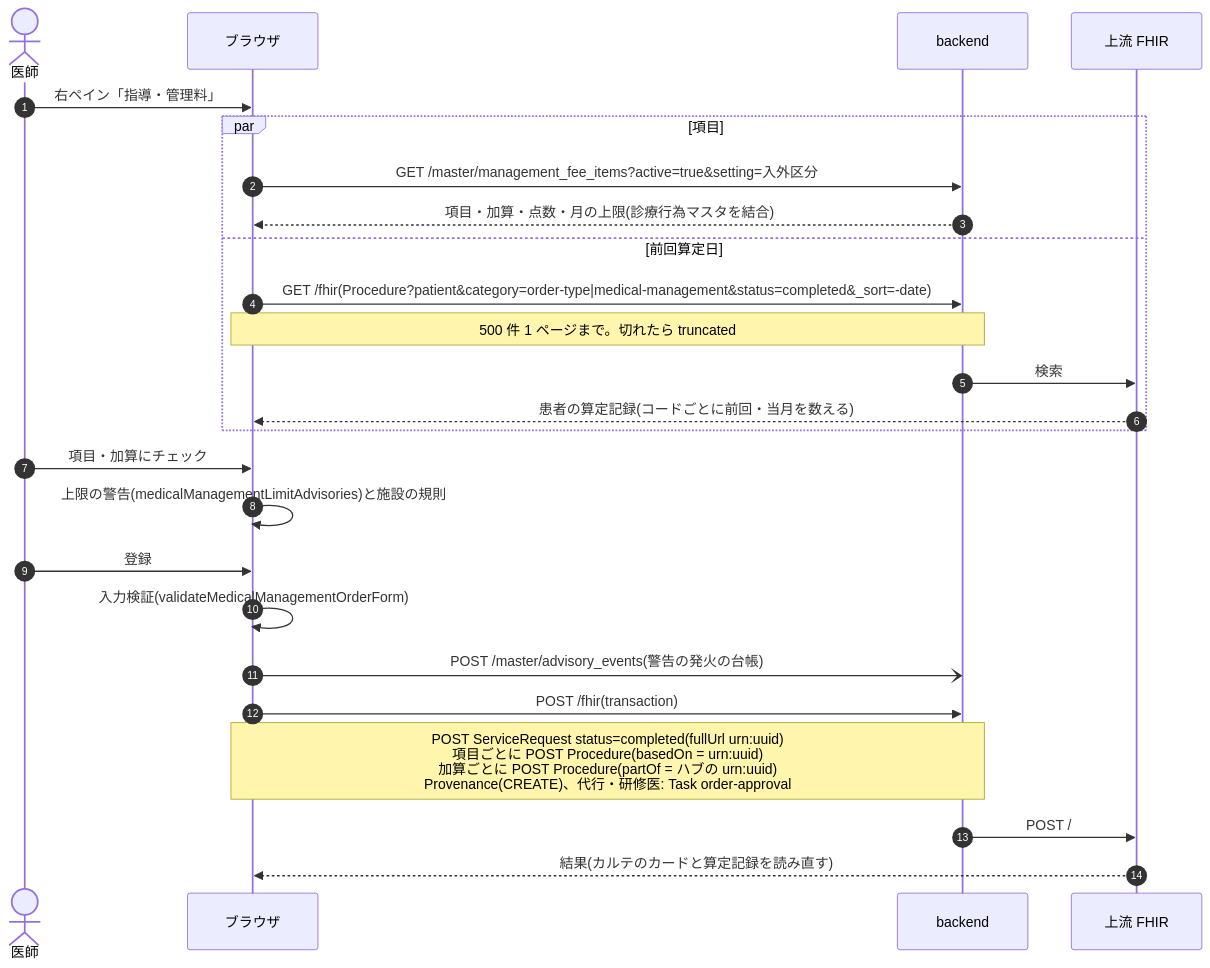
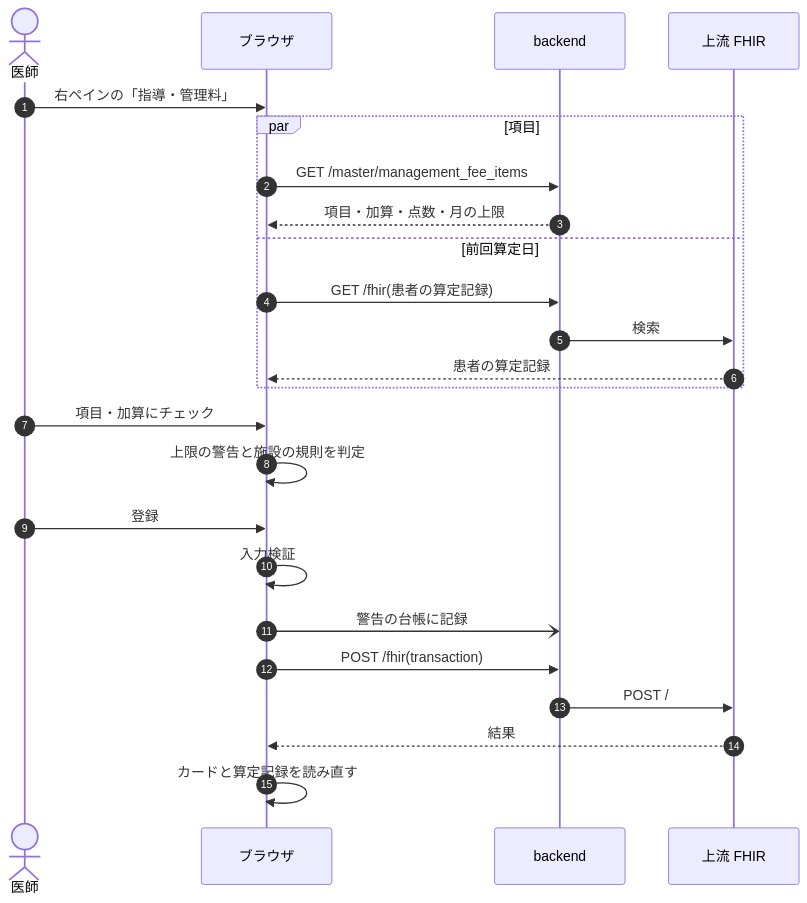
The first of 4 diagrams in docs/dev/medical-management.md (ysnr-dev/fhir-client-docs), drawn with Mermaid before and after one commit. The commit also changed other lines of this file and 43 other files, not shown here.

Commit message:
docs: 業務フローとシーケンス図を写し直し

````diff
--- a/docs/dev/medical-management.md
+++ b/docs/dev/medical-management.md
@@ -50,28 +93,27 @@
 ```mermaid
 sequenceDiagram
   autonumber
   actor Dr as 医師
   participant UI as ブラウザ
   participant BE as backend
   participant FHIR as 上流 FHIR
 
-  Dr->>UI: 右ペイン「指導・管理料」
+  Dr->>UI: 右ペインの「指導・管理料」
   par 項目
-    UI->>BE: GET /master/management_fee_items?active=true&setting=入外区分
-    BE-->>UI: 項目・加算・点数・月の上限(診療行為マスタを結合)
+    UI->>BE: GET /master/management_fee_items
+    BE-->>UI: 項目・加算・点数・月の上限
   and 前回算定日
-    UI->>BE: GET /fhir(Procedure?patient&category=order-type|medical-management&status=completed&_sort=-date)
-    Note over UI,BE: 500 件 1 ページまで。切れたら truncated
+    UI->>BE: GET /fhir(患者の算定記録)
     BE->>FHIR: 検索
-    FHIR-->>UI: 患者の算定記録(コードごとに前回・当月を数える)
+    FHIR-->>UI: 患者の算定記録
   end
   Dr->>UI: 項目・加算にチェック
-  UI->>UI: 上限の警告(medicalManagementLimitAdvisories)と施設の規則
+  UI->>UI: 上限の警告と施設の規則を判定
   Dr->>UI: 登録
-  UI->>UI: 入力検証(validateMedicalManagementOrderForm)
-  UI-)BE: POST /master/advisory_events(警告の発火の台帳)
+  UI->>UI: 入力検証
+  UI-)BE: 警告の台帳に記録
   UI->>BE: POST /fhir(transaction)
-  Note over UI,BE: POST ServiceRequest status=completed(fullUrl urn:uuid)<br/>項目ごとに POST Procedure(basedOn = urn:uuid)<br/>加算ごとに POST Procedure(partOf = ハブの urn:uuid)<br/>Provenance(CREATE)、代行・研修医: Task order-approval
   BE->>FHIR: POST /
-  FHIR-->>UI: 結果(カルテのカードと算定記録を読み直す)
+  FHIR-->>UI: 結果
+  UI->>UI: カードと算定記録を読み直す
 ```
````
